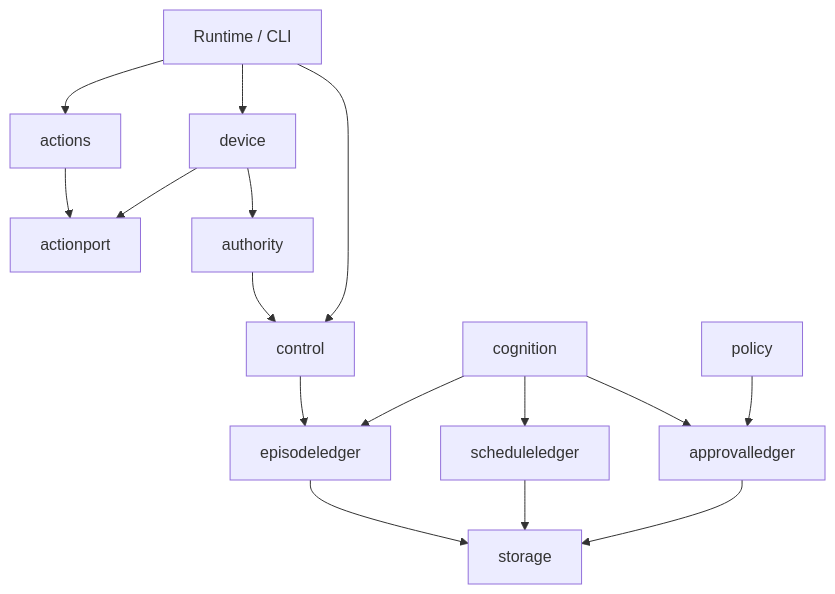
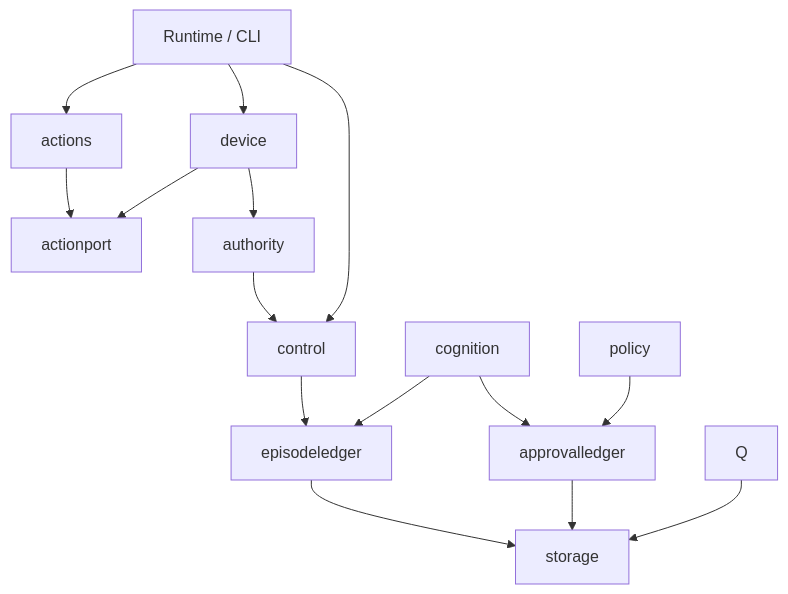
One commit to ghassan-ai-projects/agentic-stream changed the diagram in documentation/architecture/modules.md. Above: the diagram before and after it, drawn with Mermaid. The commit also changed other lines of this file and 34 other files, not shown here.

````diff
--- a/documentation/architecture/modules.md
+++ b/documentation/architecture/modules.md
@@ -25,18 +25,17 @@
 ```mermaid
 flowchart TD
     R["Runtime / CLI"] --> A["actions"]
     R --> D["device"]
     A --> P["actionport"]
     D --> P
     R --> C["control"]
     C --> E["episodeledger"]
     S["cognition"] --> E
-    S --> Q["scheduleledger"]
     S --> H["approvalledger"]
     G["policy"] --> H
     D --> T["authority"]
     T --> C
     E --> DB["storage"]
     Q --> DB
     H --> DB
 ```
````
